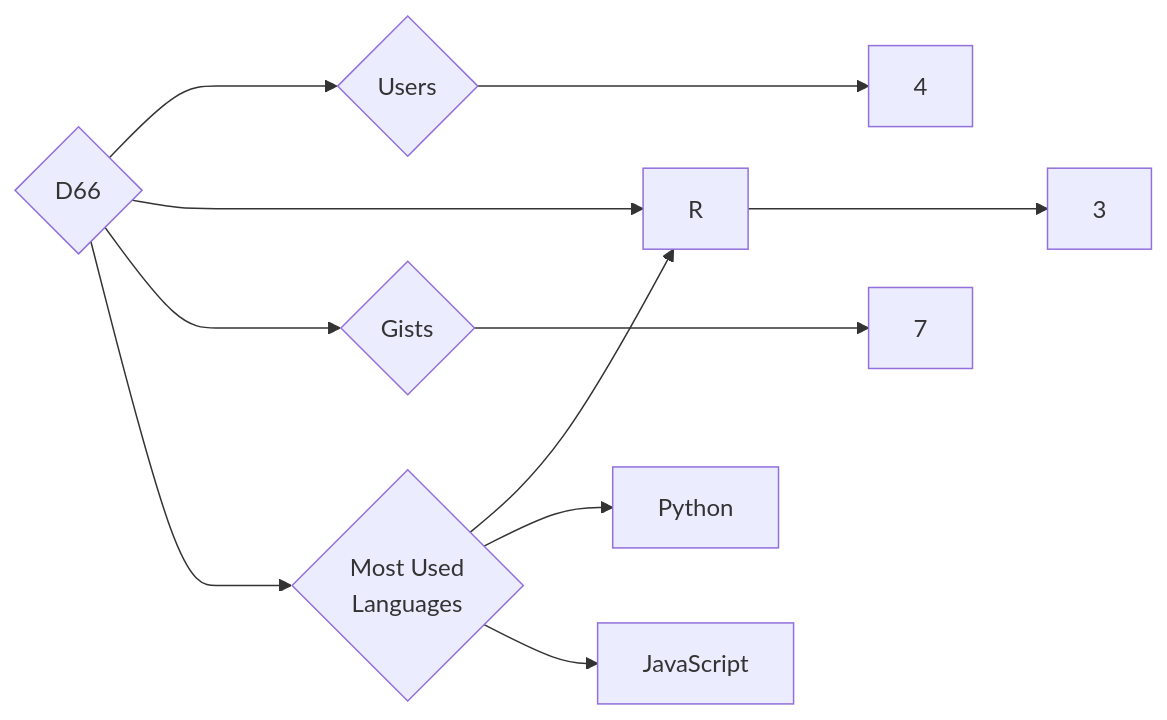
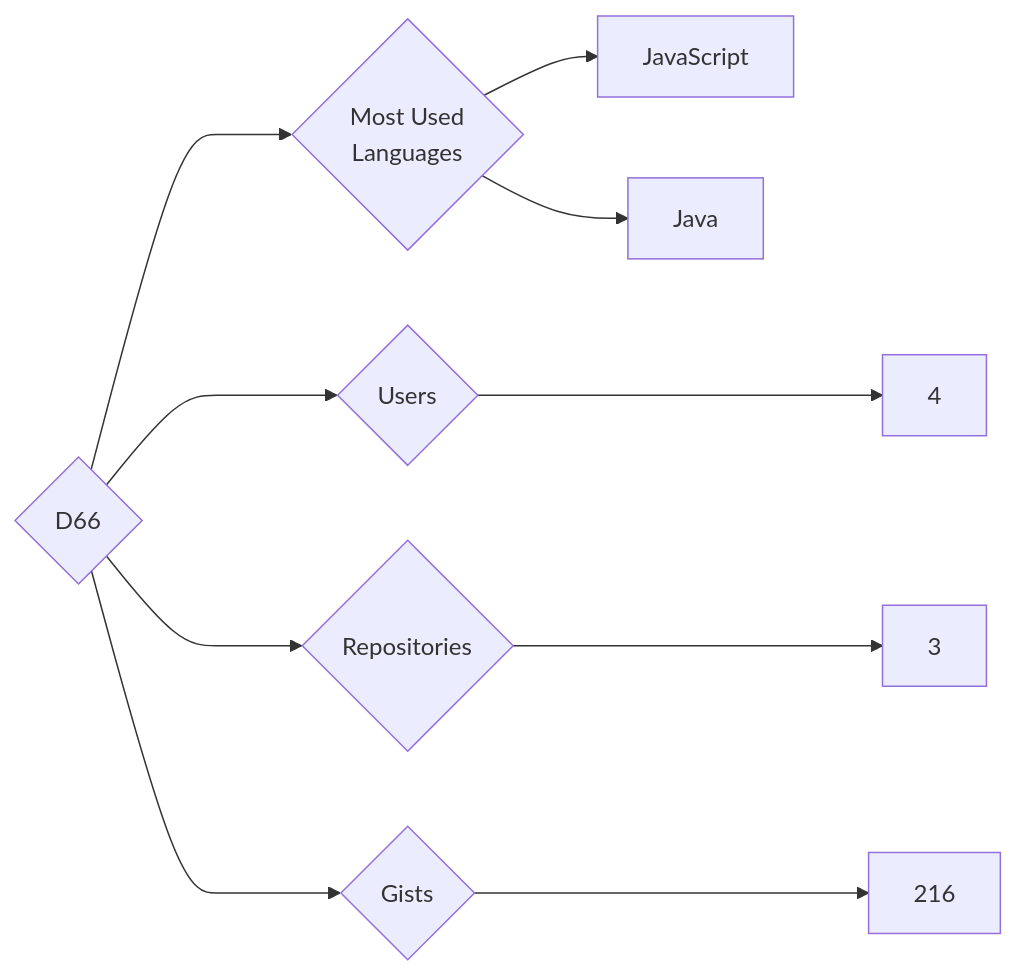
One commit to trickest/insiders changed the diagram in targets/D66/README.md. Above: the diagram before and after it, drawn with Mermaid. The commit also changed 682 other files, not shown here.

````diff
--- a/targets/D66/README.md
+++ b/targets/D66/README.md
@@ -3,11 +3,10 @@
 ```mermaid
 graph LR
 COMPANY_NAME{D66}
 COMPANY_NAME ---> U{Users} ---> UN[4]
 COMPANY_NAME ---> R{Repositories} ---> RN[3]
-COMPANY_NAME ---> G{Gists} ---> GN[7]
+COMPANY_NAME ---> G{Gists} ---> GN[216]
 COMPANY_NAME ---> ML{Most Used<br>Languages}
-ML --> R[R]
-ML --> Python[Python]
 ML --> JavaScript[JavaScript]
+ML --> Java[Java]
 ```
````
